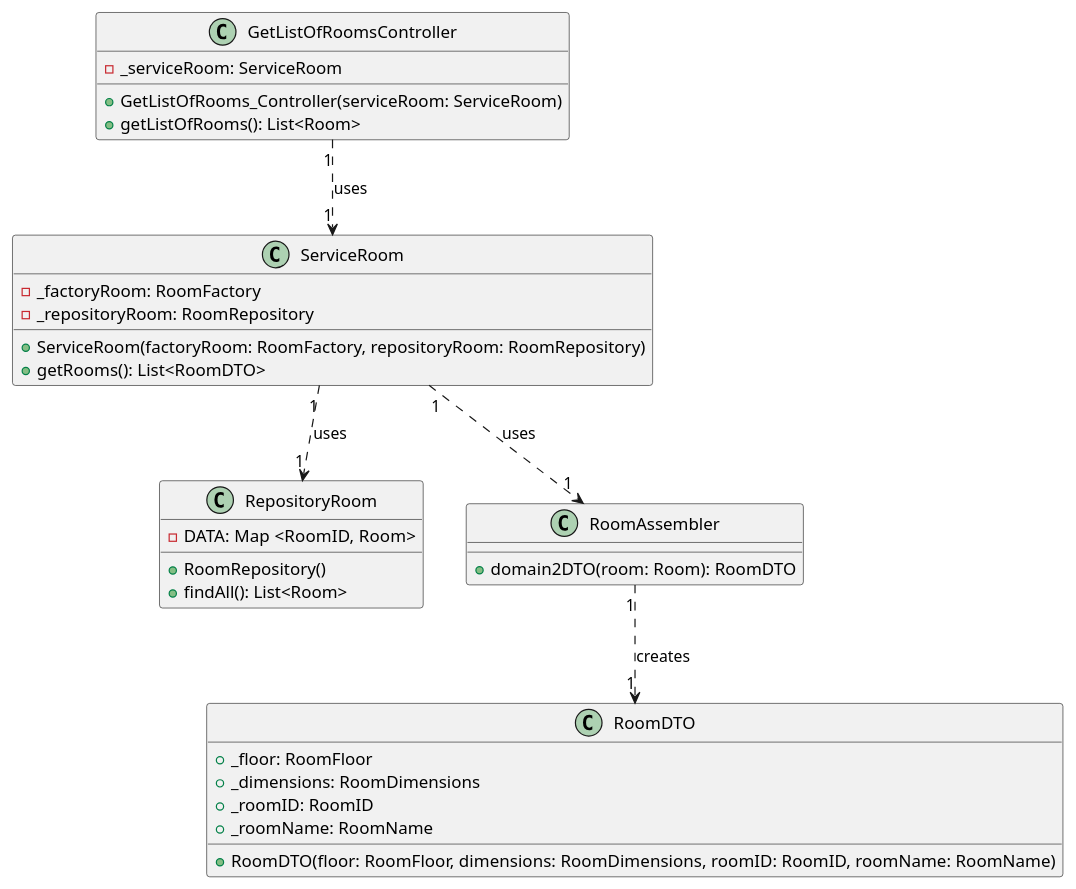
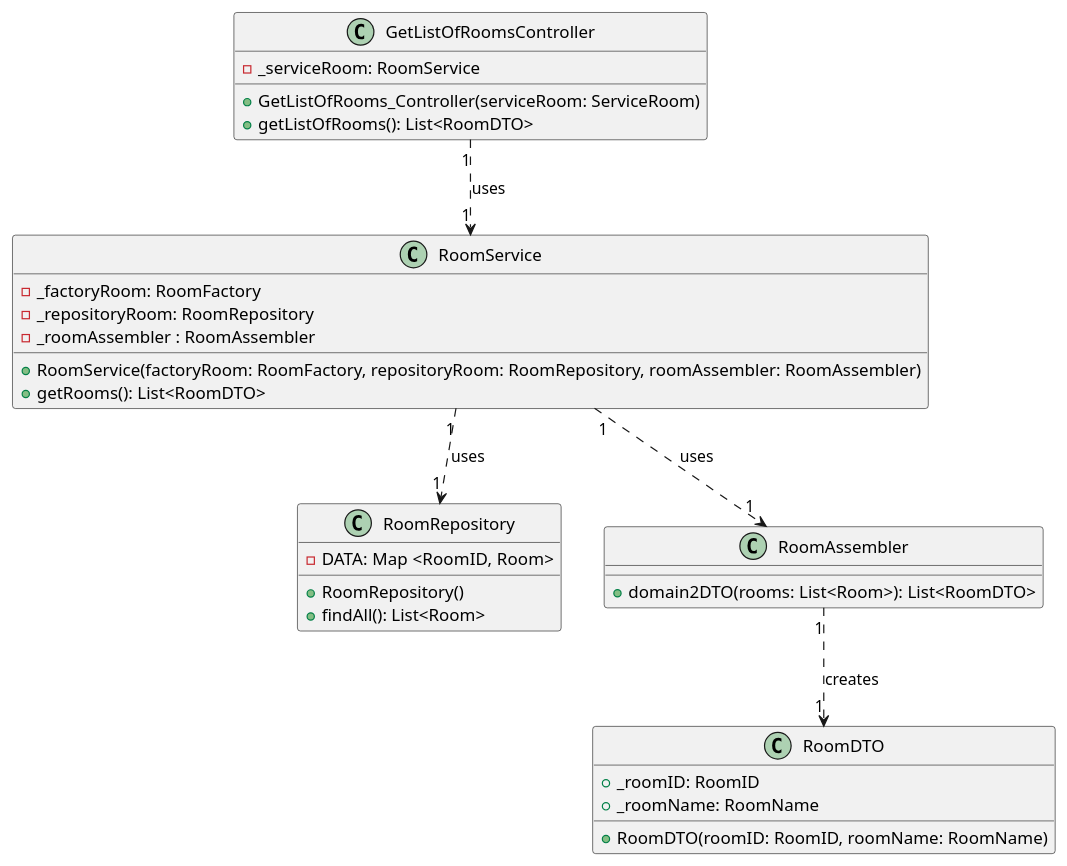
Before and after one commit to olivDiogo/SmartHome: the diagram in docs/ood/classDiagram/US03GetListOfRooms.puml, drawn with PlantUML.

Commit message:
#91 Update : US03 Class Diagram

```diff
--- a/docs/ood/classDiagram/US03GetListOfRooms.puml
+++ b/docs/ood/classDiagram/US03GetListOfRooms.puml
@@ -1,50 +1,49 @@
 @startuml
 'https://plantuml.com/class-diagram
 
 class GetListOfRoomsController{
 'Attributes'
-- _serviceRoom: ServiceRoom
+- _serviceRoom: RoomService
 'Methods'
 +GetListOfRooms_Controller(serviceRoom: ServiceRoom)
-+getListOfRooms(): List<Room>
++getListOfRooms(): List<RoomDTO>
 }
 
-class ServiceRoom{
+class RoomService{
 'Attributes'
 - _factoryRoom: RoomFactory
 - _repositoryRoom: RoomRepository
+- _roomAssembler : RoomAssembler
 'Methods'
-+ServiceRoom(factoryRoom: RoomFactory, repositoryRoom: RoomRepository)
++RoomService(factoryRoom: RoomFactory, repositoryRoom: RoomRepository, roomAssembler: RoomAssembler)
 +getRooms(): List<RoomDTO>
 }
 
 
-class RepositoryRoom{
+class RoomRepository{
 'Attributes'
 - DATA: Map <RoomID, Room>
 'Methods'
 +RoomRepository()
 +findAll(): List<Room>
 }
 
 class RoomAssembler{
 'Methods'
-+domain2DTO(room: Room): RoomDTO
++domain2DTO(rooms: List<Room>): List<RoomDTO>
 }
 
 class RoomDTO{
 'Attributes'
-+_floor: RoomFloor
-+_dimensions: RoomDimensions
 +_roomID: RoomID
 +_roomName: RoomName
 'Methods'
-+RoomDTO(floor: RoomFloor, dimensions: RoomDimensions, roomID: RoomID, roomName: RoomName)
++RoomDTO(roomID: RoomID, roomName: RoomName)
 }
 
-GetListOfRoomsController "1" ..> "1" ServiceRoom: uses
-ServiceRoom "1" ..> "1" RepositoryRoom: uses
-ServiceRoom "1" ..> "1" RoomAssembler: uses
+GetListOfRoomsController "1" ..> "1" RoomService: uses
+RoomService "1" ..> "1" RoomRepository: uses
+RoomService "1" ..> "1" RoomAssembler: uses
 RoomAssembler "1" ..> "1" RoomDTO: creates
 
 @enduml
```
